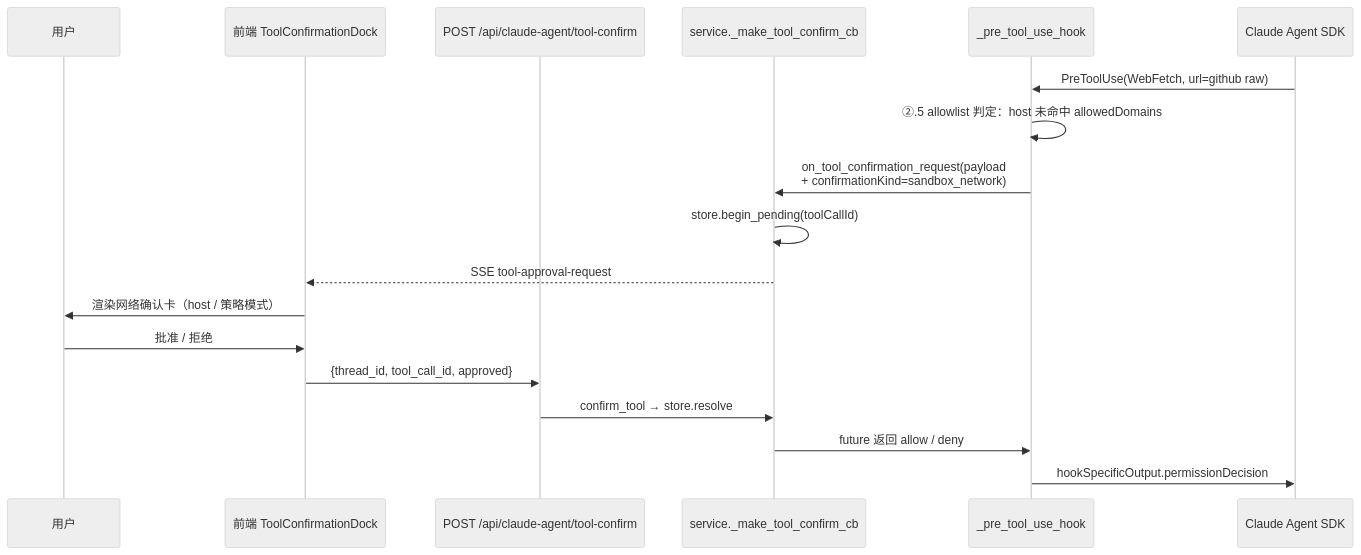
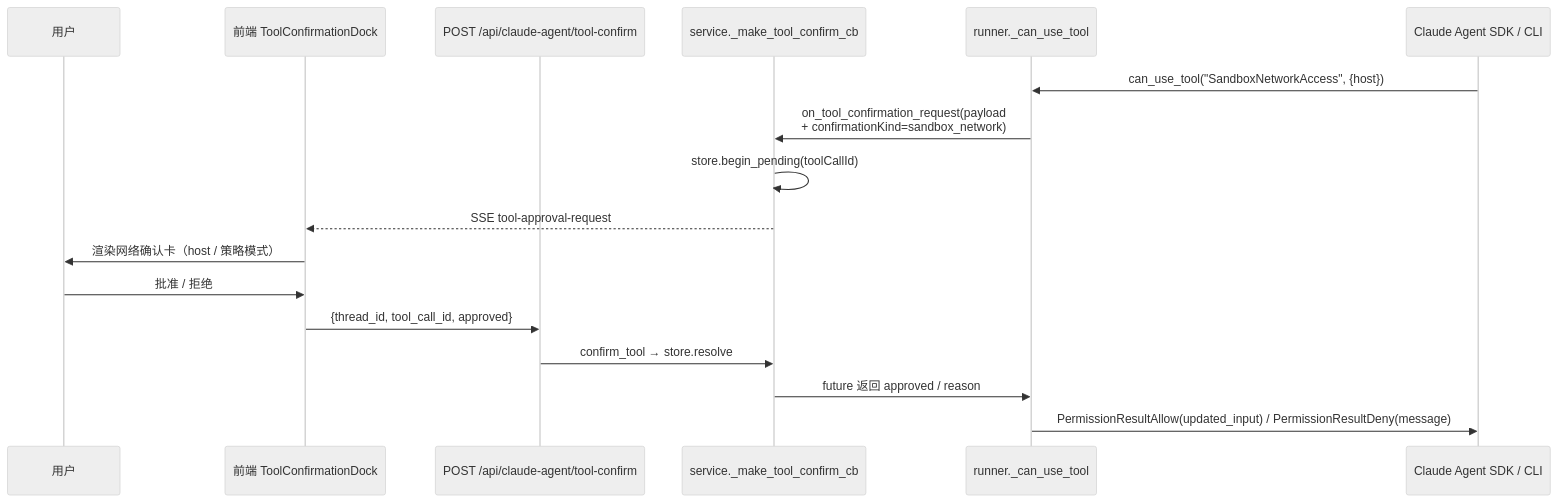
Before and after one commit to glide-the/im-dream: the third of 3 diagrams in docs/design/claude-agent/claude-agent-sandbox-network-permission-sequence.md, drawn with Mermaid (neutral theme). The commit also changed other lines of this file and 22 other files, not shown here.

First line of the commit message:
feat: Enhance sandbox network access and tool confirmation flow

````diff
--- a/docs/design/claude-agent/claude-agent-sandbox-network-permission-sequence.md
+++ b/docs/design/claude-agent/claude-agent-sandbox-network-permission-sequence.md
@@ -68,21 +63,20 @@
 ```mermaid
 sequenceDiagram
     participant U as 用户
     participant FE as 前端 ToolConfirmationDock
     participant API as POST /api/claude-agent/tool-confirm
     participant SVC as service._make_tool_confirm_cb
-    participant HOOK as _pre_tool_use_hook
-    participant SDK as Claude Agent SDK
+    participant CUT as runner._can_use_tool
+    participant SDK as Claude Agent SDK / CLI
 
-    SDK->>HOOK: PreToolUse(WebFetch, url=github raw)
-    HOOK->>HOOK: ②.5 allowlist 判定：host 未命中 allowedDomains
-    HOOK->>SVC: on_tool_confirmation_request(payload<br/>+ confirmationKind=sandbox_network)
+    SDK->>CUT: can_use_tool("SandboxNetworkAccess", {host})
+    CUT->>SVC: on_tool_confirmation_request(payload<br/>+ confirmationKind=sandbox_network)
     SVC->>SVC: store.begin_pending(toolCallId)
     SVC-->>FE: SSE tool-approval-request
     FE->>U: 渲染网络确认卡（host / 策略模式）
     U->>FE: 批准 / 拒绝
     FE->>API: {thread_id, tool_call_id, approved}
     API->>SVC: confirm_tool → store.resolve
-    SVC->>HOOK: future 返回 allow / deny
-    HOOK->>SDK: hookSpecificOutput.permissionDecision
+    SVC->>CUT: future 返回 approved / reason
+    CUT->>SDK: PermissionResultAllow(updated_input) / PermissionResultDeny(message)
 ```
````
